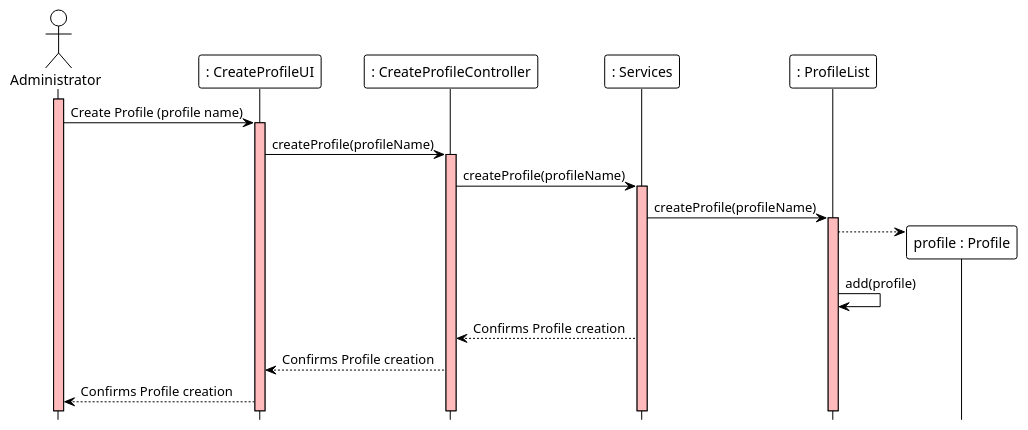
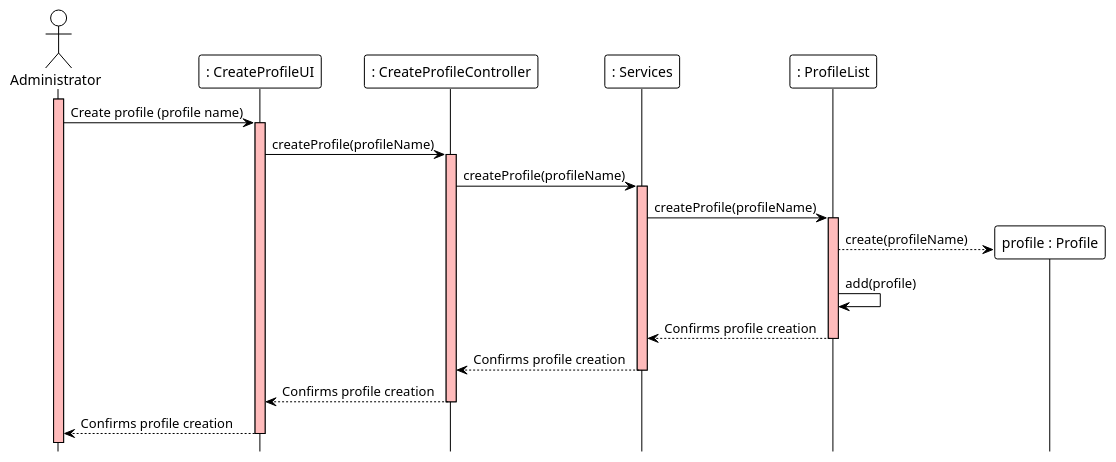
One commit to ivo-menezes/project_g3 changed the diagram in docs/modelling_design/user_stories/us001/US001_CreateProfileSD.puml. Above: the diagram before and after it, drawn with PlantUML.

Commit message:
US001: Design: fixed typos in CreateProfileSD

```diff
--- a/docs/modelling_design/user_stories/us001/US001_CreateProfileSD.puml
+++ b/docs/modelling_design/user_stories/us001/US001_CreateProfileSD.puml
@@ -1,26 +1,30 @@
 @startuml
 !theme plain
 hide footbox
 actor Administrator  as Administrator
 participant ": CreateProfileUI" as UI
 participant ": CreateProfileController" as Controller
 participant ": Services" as Services
 participant ": ProfileList" as List
 
 activate Administrator #FFBBBB
-Administrator ->  UI : Create Profile (profile name)
+Administrator ->  UI : Create profile (profile name)
 activate UI #FFBBBB
 UI -> Controller : createProfile(profileName)
 activate Controller #FFBBBB
 Controller -> Services : createProfile(profileName)
 activate Services #FFBBBB
 Services -> List : createProfile(profileName)
 activate List #FFBBBB
-
-List -->"profile : Profile" **
+'List -> List : profileNameExists(profileName)
+List -->"profile : Profile" ** : create(profileName)
 List -> List : add(profile)
-
-Services --> Controller : Confirms Profile creation
-Controller --> UI : Confirms Profile creation
-UI --> Administrator : Confirms Profile creation
+List --> Services : Confirms profile creation
+deactivate List
+Services --> Controller : Confirms profile creation
+deactivate Services
+Controller --> UI : Confirms profile creation
+deactivate Controller
+UI --> Administrator : Confirms profile creation
+deactivate UI
 @enduml
```
